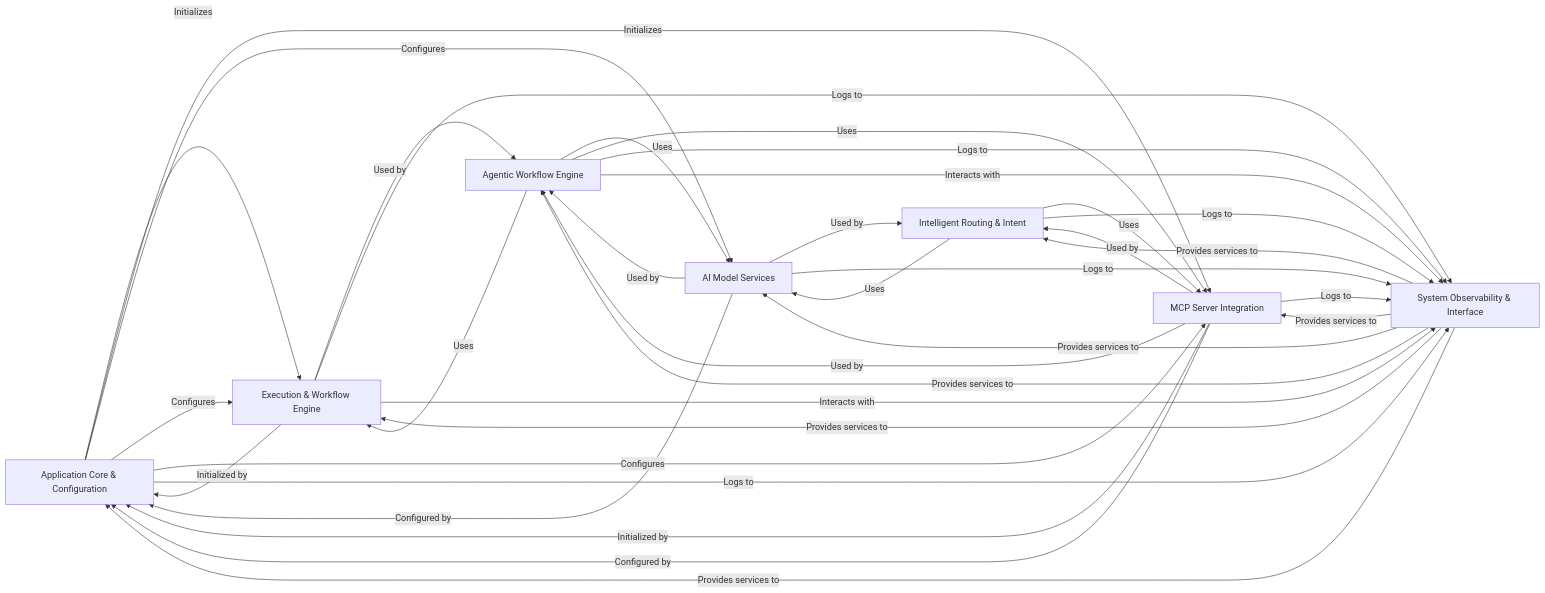
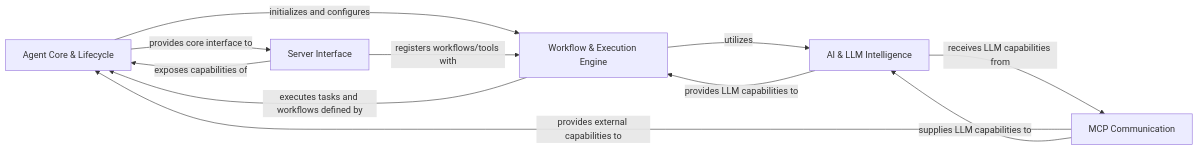
Before and after one commit to CodeBoarding/GeneratedOnBoardings: the diagram in mcp-agent/on_boarding.md, drawn with Mermaid. The commit also changed other lines of this file and 24 other files, not shown here.

Commit message:
Uploading onboarding materials for mcp-agent

````diff
--- a/mcp-agent/on_boarding.md
+++ b/mcp-agent/on_boarding.md
@@ -1,50 +1,21 @@
 ```mermaid
 graph LR
-    Application_Core_Configuration["Application Core & Configuration"]
-    Execution_Workflow_Engine["Execution & Workflow Engine"]
-    AI_Model_Services["AI Model Services"]
-    Agentic_Workflow_Engine["Agentic Workflow Engine"]
-    MCP_Server_Integration["MCP Server Integration"]
-    Intelligent_Routing_Intent["Intelligent Routing & Intent"]
-    System_Observability_Interface["System Observability & Interface"]
-    Application_Core_Configuration -- "Initializes" --> Execution_Workflow_Engine
-    Application_Core_Configuration -- "Initializes" --> MCP_Server_Integration
-    Application_Core_Configuration -- "Configures" --> AI_Model_Services
-    Application_Core_Configuration -- "Configures" --> Execution_Workflow_Engine
-    Application_Core_Configuration -- "Configures" --> MCP_Server_Integration
-    Application_Core_Configuration -- "Logs to" --> System_Observability_Interface
-    Execution_Workflow_Engine -- "Initialized by" --> Application_Core_Configuration
-    Execution_Workflow_Engine -- "Used by" --> Agentic_Workflow_Engine
-    Execution_Workflow_Engine -- "Logs to" --> System_Observability_Interface
-    Execution_Workflow_Engine -- "Interacts with" --> System_Observability_Interface
-    AI_Model_Services -- "Configured by" --> Application_Core_Configuration
-    AI_Model_Services -- "Used by" --> Agentic_Workflow_Engine
-    AI_Model_Services -- "Used by" --> Intelligent_Routing_Intent
-    AI_Model_Services -- "Logs to" --> System_Observability_Interface
-    Agentic_Workflow_Engine -- "Uses" --> AI_Model_Services
-    Agentic_Workflow_Engine -- "Uses" --> Execution_Workflow_Engine
-    Agentic_Workflow_Engine -- "Uses" --> MCP_Server_Integration
-    Agentic_Workflow_Engine -- "Logs to" --> System_Observability_Interface
-    Agentic_Workflow_Engine -- "Interacts with" --> System_Observability_Interface
-    MCP_Server_Integration -- "Initialized by" --> Application_Core_Configuration
-    MCP_Server_Integration -- "Configured by" --> Application_Core_Configuration
-    MCP_Server_Integration -- "Used by" --> Agentic_Workflow_Engine
-    MCP_Server_Integration -- "Used by" --> Intelligent_Routing_Intent
-    MCP_Server_Integration -- "Logs to" --> System_Observability_Interface
-    Intelligent_Routing_Intent -- "Uses" --> AI_Model_Services
-    Intelligent_Routing_Intent -- "Uses" --> MCP_Server_Integration
-    Intelligent_Routing_Intent -- "Logs to" --> System_Observability_Interface
-    System_Observability_Interface -- "Provides services to" --> Application_Core_Configuration
-    System_Observability_Interface -- "Provides services to" --> Execution_Workflow_Engine
-    System_Observability_Interface -- "Provides services to" --> AI_Model_Services
-    System_Observability_Interface -- "Provides services to" --> Agentic_Workflow_Engine
-    System_Observability_Interface -- "Provides services to" --> MCP_Server_Integration
-    System_Observability_Interface -- "Provides services to" --> Intelligent_Routing_Intent
-    click Application_Core_Configuration href "https://github.com/CodeBoarding/GeneratedOnBoardings/blob/main//mcp-agent/Application_Core_Configuration.md" "Details"
-    click Execution_Workflow_Engine href "https://github.com/CodeBoarding/GeneratedOnBoardings/blob/main//mcp-agent/Execution_Workflow_Engine.md" "Details"
-    click AI_Model_Services href "https://github.com/CodeBoarding/GeneratedOnBoardings/blob/main//mcp-agent/AI_Model_Services.md" "Details"
-    click Agentic_Workflow_Engine href "https://github.com/CodeBoarding/GeneratedOnBoardings/blob/main//mcp-agent/Agentic_Workflow_Engine.md" "Details"
-    click MCP_Server_Integration href "https://github.com/CodeBoarding/GeneratedOnBoardings/blob/main//mcp-agent/MCP_Server_Integration.md" "Details"
-    click Intelligent_Routing_Intent href "https://github.com/CodeBoarding/GeneratedOnBoardings/blob/main//mcp-agent/Intelligent_Routing_Intent.md" "Details"
-    click System_Observability_Interface href "https://github.com/CodeBoarding/GeneratedOnBoardings/blob/main//mcp-agent/System_Observability_Interface.md" "Details"
+    Agent_Core_Lifecycle["Agent Core & Lifecycle"]
+    Workflow_Execution_Engine["Workflow & Execution Engine"]
+    AI_LLM_Intelligence["AI & LLM Intelligence"]
+    MCP_Communication["MCP Communication"]
+    Server_Interface["Server Interface"]
+    Agent_Core_Lifecycle -- "initializes and configures" --> Workflow_Execution_Engine
+    Agent_Core_Lifecycle -- "provides core interface to" --> Server_Interface
+    Workflow_Execution_Engine -- "executes tasks and workflows defined by" --> Agent_Core_Lifecycle
+    Workflow_Execution_Engine -- "utilizes" --> AI_LLM_Intelligence
+    AI_LLM_Intelligence -- "provides LLM capabilities to" --> Workflow_Execution_Engine
+    AI_LLM_Intelligence -- "receives LLM capabilities from" --> MCP_Communication
+    MCP_Communication -- "provides external capabilities to" --> Agent_Core_Lifecycle
+    MCP_Communication -- "supplies LLM capabilities to" --> AI_LLM_Intelligence
+    Server_Interface -- "exposes capabilities of" --> Agent_Core_Lifecycle
+    Server_Interface -- "registers workflows/tools with" --> Workflow_Execution_Engine
+    click Workflow_Execution_Engine href "https://github.com/CodeBoarding/GeneratedOnBoardings/blob/main//mcp-agent/Workflow_Execution_Engine.md" "Details"
+    click AI_LLM_Intelligence href "https://github.com/CodeBoarding/GeneratedOnBoardings/blob/main//mcp-agent/AI_LLM_Intelligence.md" "Details"
+    click MCP_Communication href "https://github.com/CodeBoarding/GeneratedOnBoardings/blob/main//mcp-agent/MCP_Communication.md" "Details"
 ```
````
